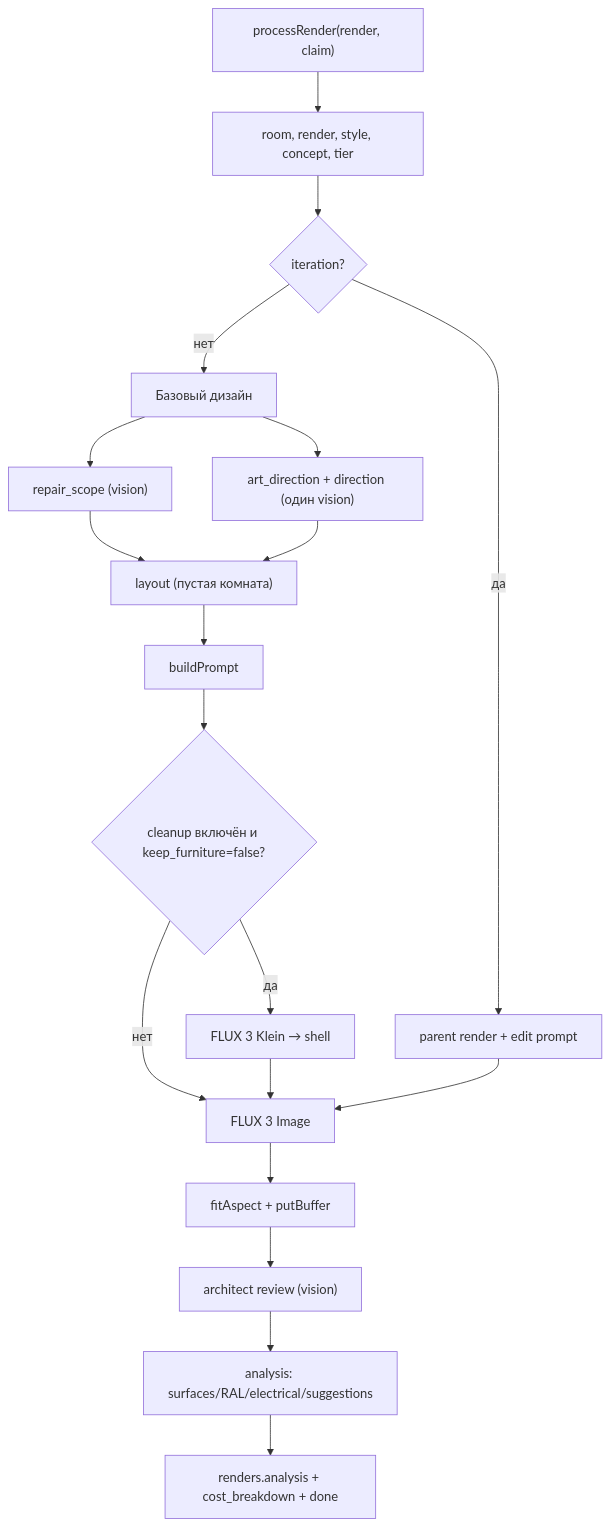
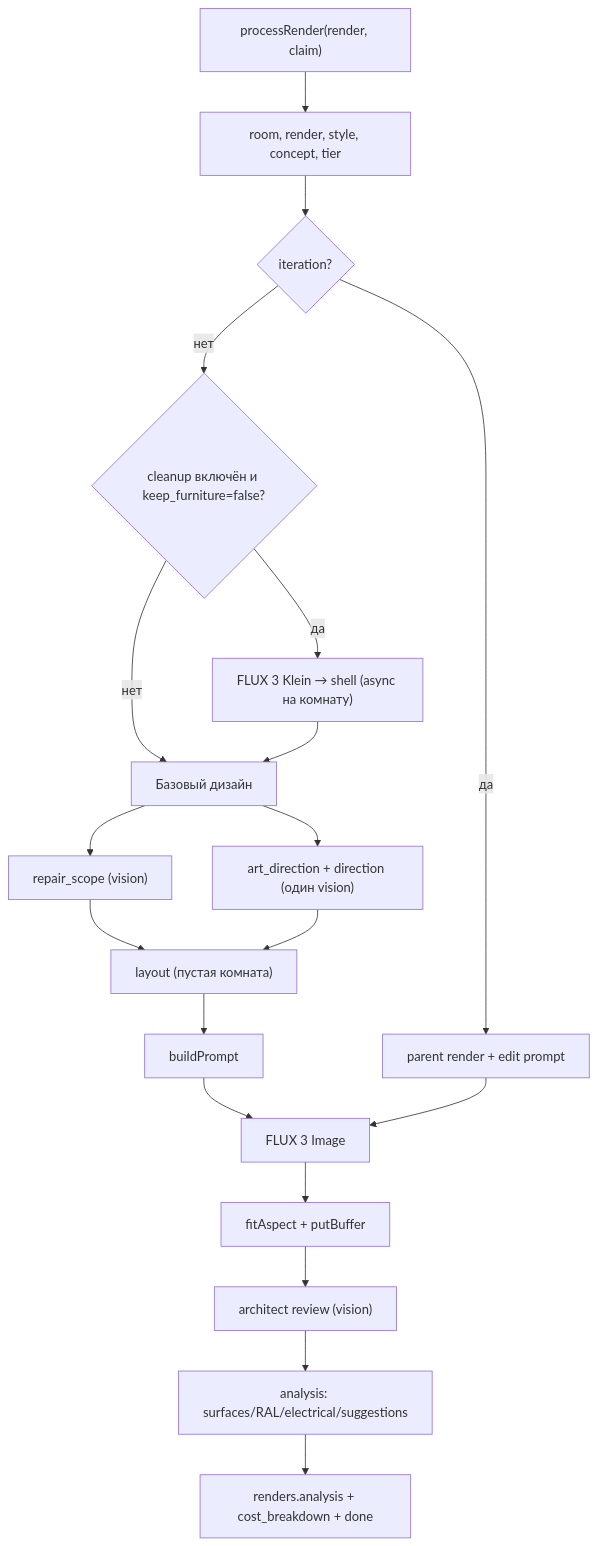
One commit to oblacko/remontvision changed the second of 2 diagrams in docs/GENERATION-FLOW.md. Above: the diagram before and after it, drawn with Mermaid. The commit also changed other lines of this file and 8 other files, not shown here.

Commit message:
feat(cleanup): асинхронная очистка при первом enqueue, ожидание shell ≤3 мин, waiting_shell heartbeat

````diff
--- a/docs/GENERATION-FLOW.md
+++ b/docs/GENERATION-FLOW.md
@@ -21,21 +21,21 @@
 ```mermaid
 flowchart TD
   START["processRender(render, claim)"] --> LOAD["room, render, style, concept, tier"]
   LOAD --> MODE{"iteration?"}
   MODE -->|"да"| EDIT["parent render + edit prompt"]
-  MODE -->|"нет"| BASE["Базовый дизайн"]
+  MODE -->|"нет"| CLEAN{"cleanup включён и keep_furniture=false?"}
+  CLEAN -->|"да"| SHELL["FLUX 3 Klein → shell (async на комнату)"]
+  CLEAN -->|"нет"| BASE["Базовый дизайн"]
+  SHELL --> BASE
   BASE --> RS["repair_scope (vision)"]
   BASE --> AD["art_direction + direction (один vision)"]
   RS --> LAY["layout (пустая комната)"]
   AD --> LAY
   LAY --> PROMPT["buildPrompt"]
-  PROMPT --> CLEAN{"cleanup включён и keep_furniture=false?"}
-  CLEAN -->|"да"| SHELL["FLUX 3 Klein → shell"]
-  CLEAN -->|"нет"| DESIGN["FLUX 3 Image"]
-  SHELL --> DESIGN
+  PROMPT --> DESIGN["FLUX 3 Image"]
   DESIGN --> STORE["fitAspect + putBuffer"]
   STORE --> REVIEW["architect review (vision)"]
   REVIEW --> ANALYZE["analysis: surfaces/RAL/electrical/suggestions"]
   ANALYZE --> SAVE["renders.analysis + cost_breakdown + done"]
   EDIT --> DESIGN
 ```
````
